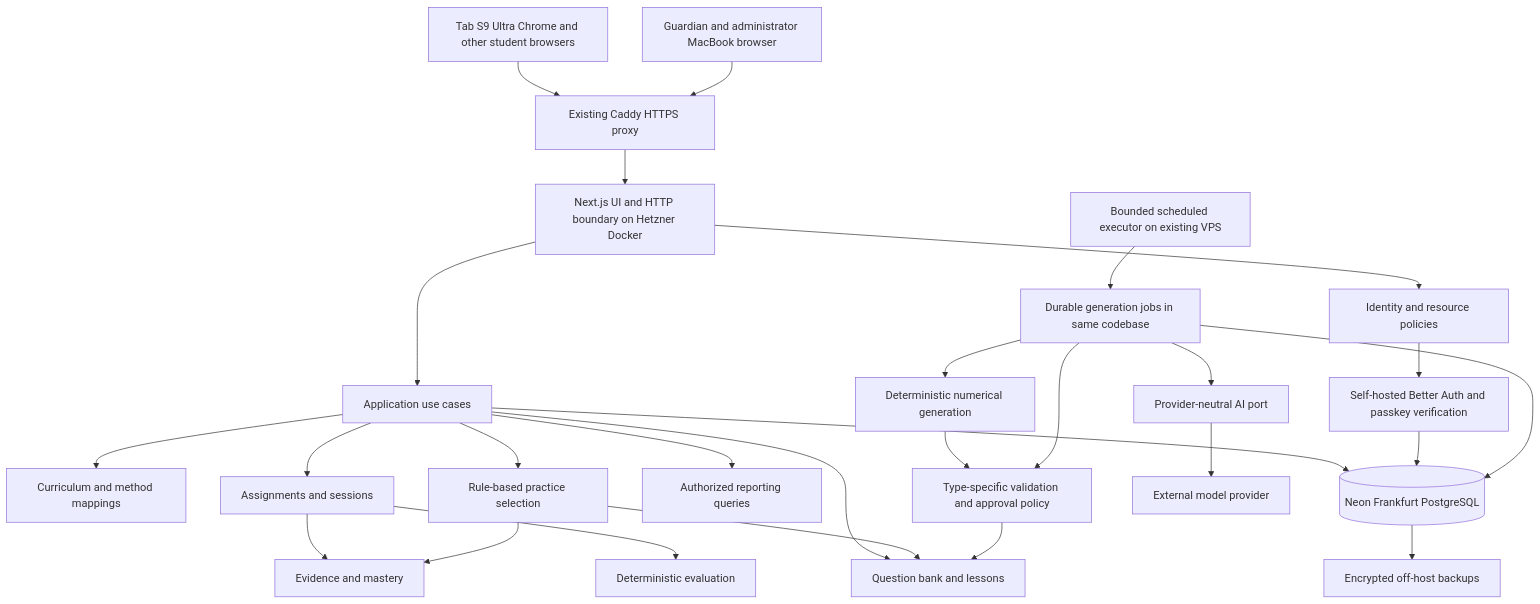
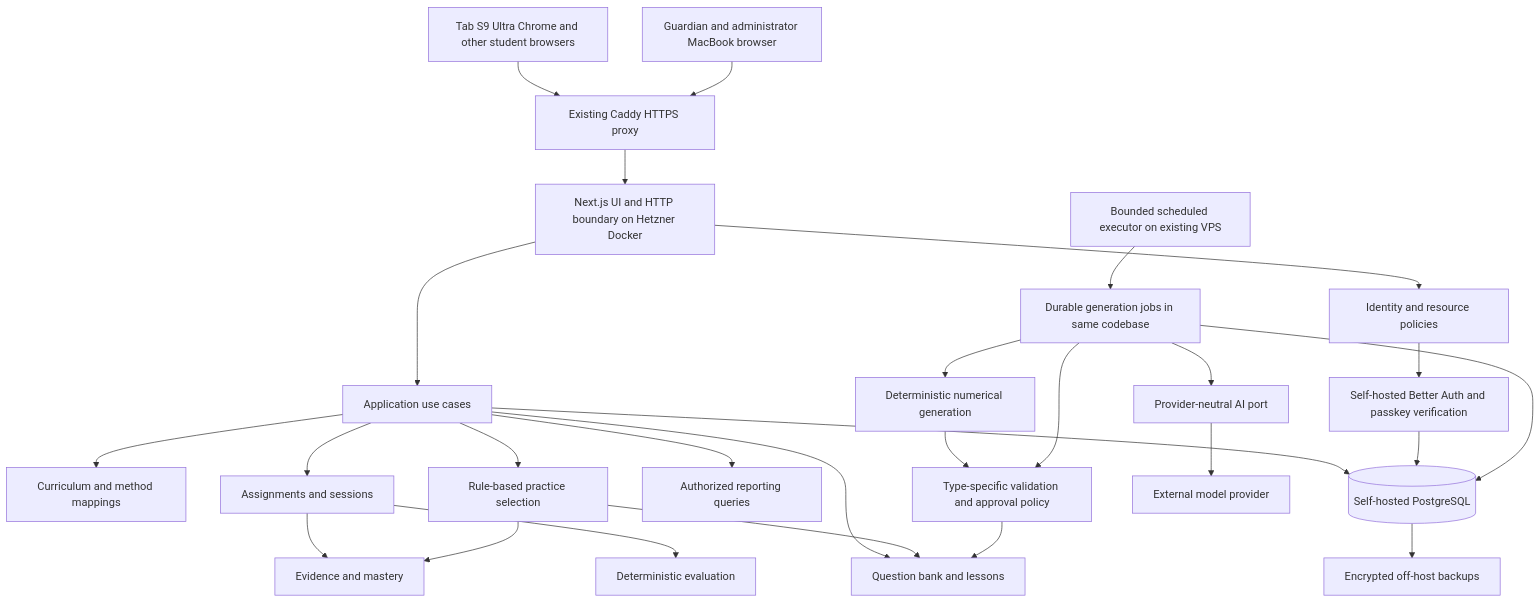
One commit to Ammar-Hadid/nexo-school changed the first of 4 diagrams in docs/architecture/initial-architecture.md. Above: the diagram before and after it, drawn with Mermaid. The commit also changed other lines of this file and 746 other files, not shown here.

````diff
--- a/docs/architecture/initial-architecture.md
+++ b/docs/architecture/initial-architecture.md
@@ -128,29 +129,29 @@
 ```mermaid
 flowchart TD
   Child[Tab S9 Ultra Chrome and other student browsers] --> Proxy[Existing Caddy HTTPS proxy]
   Adult[Guardian and administrator MacBook browser] --> Proxy
   Proxy --> Web[Next.js UI and HTTP boundary on Hetzner Docker]
   Web --> Access[Identity and resource policies]
   Access --> Auth[Self-hosted Better Auth and passkey verification]
   Web --> Services[Application use cases]
   Services --> Curriculum[Curriculum and method mappings]
   Services --> Content[Question bank and lessons]
   Services --> Learning[Assignments and sessions]
   Learning --> Evaluate[Deterministic evaluation]
   Learning --> Progress[Evidence and mastery]
   Services --> Select[Rule-based practice selection]
   Select --> Progress
   Select --> Content
   Services --> Reports[Authorized reporting queries]
-  Services --> DB[(Neon Frankfurt PostgreSQL)]
+  Services --> DB[(Self-hosted PostgreSQL)]
   Auth --> DB
   Scheduler[Bounded scheduled executor on existing VPS] --> Jobs[Durable generation jobs in same codebase]
   Jobs --> Numeric[Deterministic numerical generation]
   Numeric --> Drafts
   Jobs --> AI[Provider-neutral AI port]
   AI --> Provider[External model provider]
   Jobs --> Drafts[Type-specific validation and approval policy]
   Drafts --> Content
   Jobs --> DB
   DB --> Backup[Encrypted off-host backups]
 ```
````
